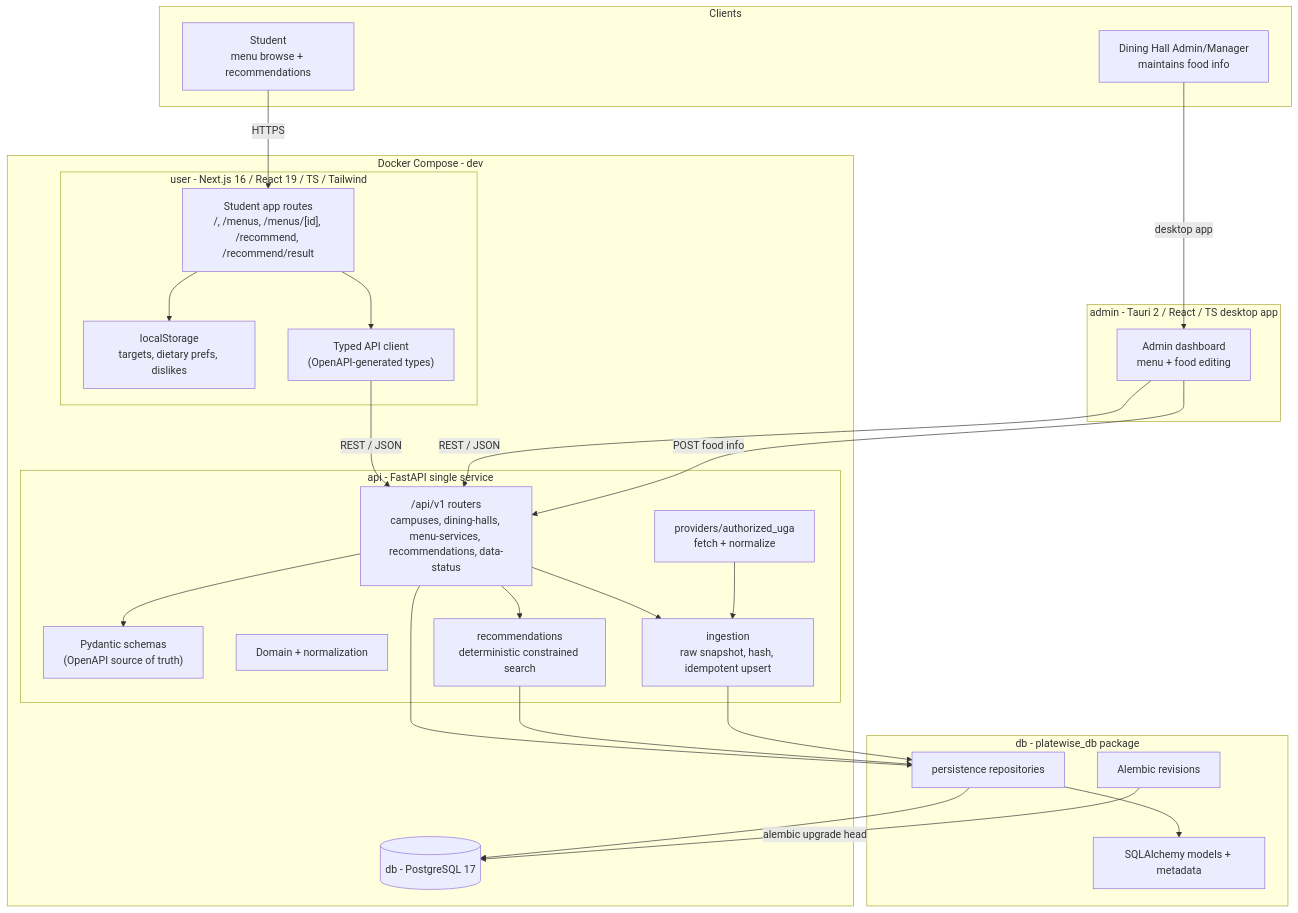
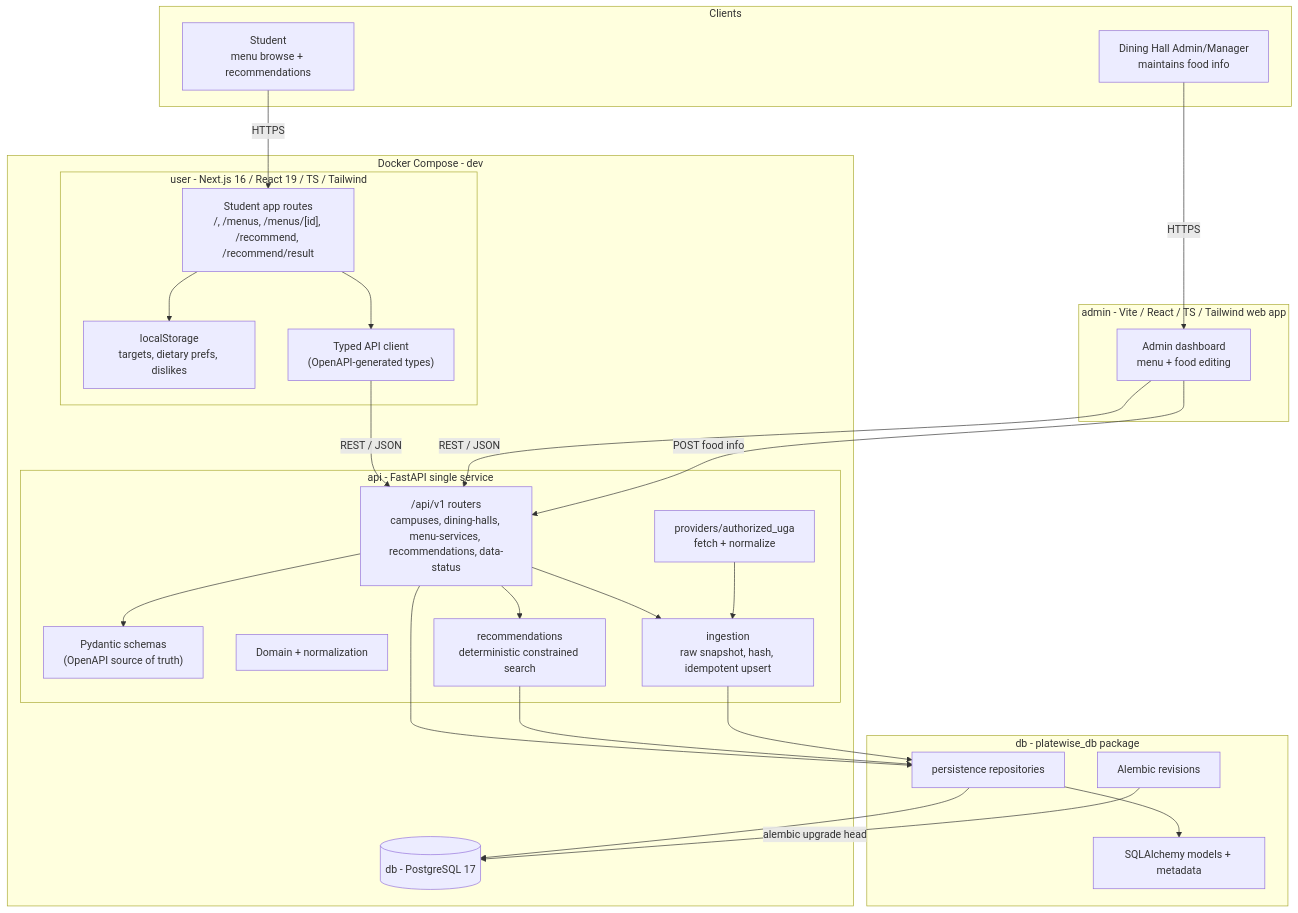
Before and after one commit to ImR10/PlateWise: the first of 2 diagrams in docs/mvp-architecture.md, drawn with Mermaid. The commit also changed other lines of this file and 60 other files, not shown here.

Commit message:
feat: establish admin web dashboard foundation

````diff
--- a/docs/mvp-architecture.md
+++ b/docs/mvp-architecture.md
@@ -9,60 +9,60 @@
 ```mermaid
 flowchart TB
     subgraph Clients [Clients]
         Student["Student<br/>menu browse + recommendations"]
         Admin["Dining Hall Admin/Manager<br/>maintains food info"]
     end
 
     subgraph User [user - Next.js 16 / React 19 / TS / Tailwind]
         StudentUI["Student app routes<br/>/, /menus, /menus/[id], /recommend, /recommend/result"]
         LocalPrefs["localStorage<br/>targets, dietary prefs, dislikes"]
         ApiClient["Typed API client<br/>(OpenAPI-generated types)"]
     end
 
-    subgraph AdminApp [admin - Tauri 2 / React / TS desktop app]
+    subgraph AdminApp [admin - Vite / React / TS / Tailwind web app]
         AdminUI["Admin dashboard<br/>menu + food editing"]
     end
 
     subgraph API [api - FastAPI single service]
         Router["/api/v1 routers<br/>campuses, dining-halls, menu-services, recommendations, data-status"]
         Schemas["Pydantic schemas<br/>(OpenAPI source of truth)"]
         Domain["Domain + normalization"]
         Providers["providers/authorized_uga<br/>fetch + normalize"]
         Ingestion["ingestion<br/>raw snapshot, hash, idempotent upsert"]
         Rec["recommendations<br/>deterministic constrained search"]
     end
 
     subgraph DBPackage [db - platewise_db package]
         Models["SQLAlchemy models + metadata"]
         Repos["persistence repositories"]
         Migrations["Alembic revisions"]
     end
 
     DB[("db - PostgreSQL 17")]
 
     Student -->|HTTPS| StudentUI
-    Admin -->|desktop app| AdminUI
+    Admin -->|HTTPS| AdminUI
     StudentUI --> LocalPrefs
     StudentUI --> ApiClient
     ApiClient -->|REST / JSON| Router
     AdminUI -->|REST / JSON| Router
 
     Router --> Schemas
     Router --> Repos
     Router --> Rec
     Rec --> Repos
     Repos --> Models
     Repos --> DB
 
     AdminUI -->|POST food info| Router
     Router --> Ingestion
     Providers --> Ingestion
     Ingestion --> Repos
     Migrations -->|alembic upgrade head| DB
 
     subgraph Compose [Docker Compose - dev]
         User
         API
         DB
     end
 ```
````
